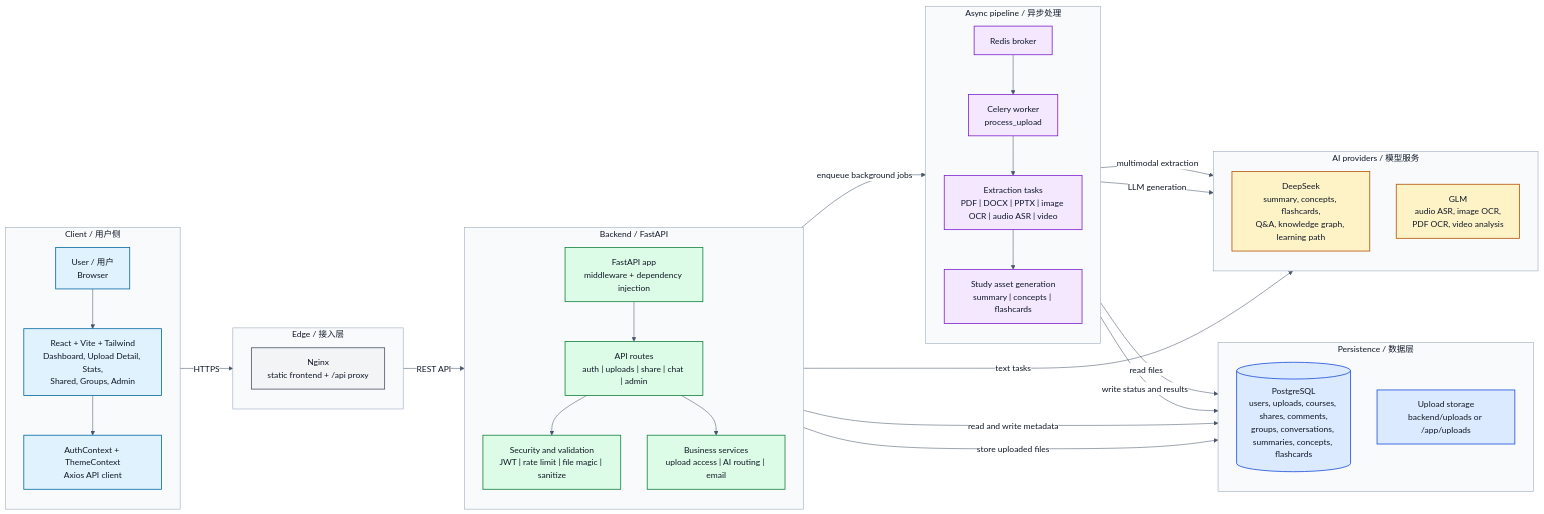
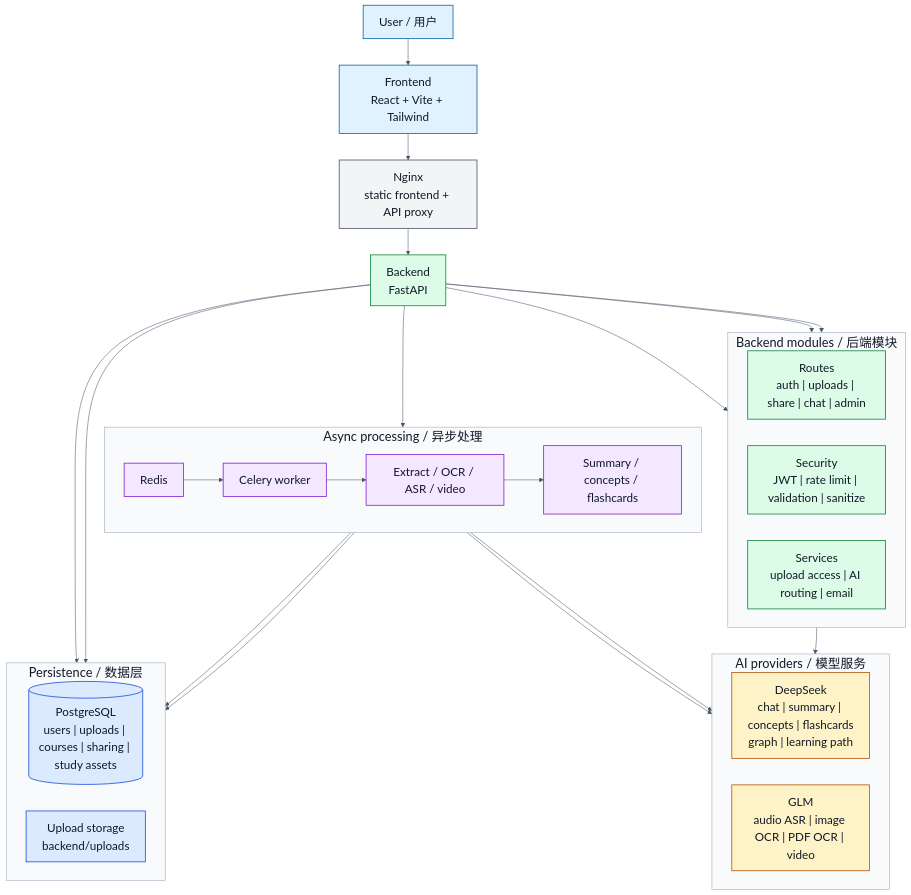
Before and after one commit to cz2112/ai-: the diagram in README.md, drawn with Mermaid.

Commit message:
Update architecture diagram font sizes and structure

````diff
--- a/README.md
+++ b/README.md
@@ -99,6 +99,6 @@
 ```mermaid
 %%{init: {'theme': 'base', 'themeVariables': {
-  'fontSize': '16px',
+  'fontSize': '24px',
   'fontFamily': 'Segoe UI, Arial, sans-serif',
   'textColor': '#111827',
   'primaryTextColor': '#111827',
@@ -107,81 +107,70 @@
   'lineColor': '#475569',
   'edgeLabelBackground': '#ffffff'
 }}}%%
-flowchart LR
-    subgraph Client["Client / 用户侧"]
-        direction TB
-        User["User / 用户<br/>Browser"]
-        Frontend["React + Vite + Tailwind<br/>Dashboard, Upload Detail, Stats,<br/>Shared, Groups, Admin"]
-        ClientState["AuthContext + ThemeContext<br/>Axios API client"]
-        User --> Frontend
-        Frontend --> ClientState
+flowchart TB
+    User["User / 用户"]
+    Frontend["Frontend<br/>React + Vite + Tailwind"]
+    Nginx["Nginx<br/>static frontend + API proxy"]
+    Backend["Backend<br/>FastAPI"]
+
+    User --> Frontend --> Nginx --> Backend
+
+    subgraph BackendModules["Backend modules / 后端模块"]
+        direction LR
+        Routes["Routes<br/>auth | uploads | share | chat | admin"]
+        Security["Security<br/>JWT | rate limit | validation | sanitize"]
+        Services["Services<br/>upload access | AI routing | email"]
     end
 
-    subgraph Edge["Edge / 接入层"]
-        direction TB
-        Nginx["Nginx<br/>static frontend + /api proxy"]
-    end
-
-    subgraph BackendLayer["Backend / FastAPI"]
-        direction TB
-        Backend["FastAPI app<br/>middleware + dependency injection"]
-        Routes["API routes<br/>auth | uploads | share | chat | admin"]
-        Security["Security and validation<br/>JWT | rate limit | file magic | sanitize"]
-        Services["Business services<br/>upload access | AI routing | email"]
-        Backend --> Routes
-        Routes --> Security
-        Routes --> Services
-    end
-
-    subgraph Async["Async pipeline / 异步处理"]
-        direction TB
-        Redis["Redis broker"]
-        Worker["Celery worker<br/>process_upload"]
-        Extract["Extraction tasks<br/>PDF | DOCX | PPTX | image OCR | audio ASR | video"]
-        Generate["Study asset generation<br/>summary | concepts | flashcards"]
-        Redis --> Worker --> Extract --> Generate
+    subgraph Async["Async processing / 异步处理"]
+        direction LR
+        Redis["Redis"]
+        Worker["Celery worker"]
+        Extract["Extract / OCR / ASR / video"]
+        Generate["Summary / concepts / flashcards"]
     end
 
     subgraph Data["Persistence / 数据层"]
-        direction TB
-        DB[("PostgreSQL<br/>users, uploads, courses, shares, comments,<br/>groups, conversations, summaries, concepts, flashcards")]
-        Storage["Upload storage<br/>backend/uploads or /app/uploads"]
+        direction LR
+        DB[("PostgreSQL<br/>users | uploads | courses | sharing | study assets")]
+        Storage["Upload storage<br/>backend/uploads"]
     end
 
     subgraph AI["AI providers / 模型服务"]
-        direction TB
-        DeepSeek["DeepSeek<br/>summary, concepts, flashcards,<br/>Q&A, knowledge graph, learning path"]
-        GLM["GLM<br/>audio ASR, image OCR,<br/>PDF OCR, video analysis"]
+        direction LR
+        DeepSeek["DeepSeek<br/>chat | summary | concepts | flashcards<br/>graph | learning path"]
+        GLM["GLM<br/>audio ASR | image OCR | PDF OCR | video"]
     end
 
-    Frontend -->|HTTPS| Nginx
-    Nginx -->|REST API| Backend
-    Backend -->|read and write metadata| DB
-    Backend -->|store uploaded files| Storage
-    Backend -->|enqueue background jobs| Redis
-    Services -->|text tasks| DeepSeek
-    Worker -->|read files| Storage
-    Worker -->|write status and results| DB
-    Extract -->|multimodal extraction| GLM
-    Generate -->|LLM generation| DeepSeek
+    Backend --> Routes
+    Backend --> Security
+    Backend --> Services
 
-    classDef client fill:#e0f2fe,stroke:#0369a1,stroke-width:1.5px,color:#111827;
-    classDef edge fill:#f3f4f6,stroke:#4b5563,stroke-width:1.5px,color:#111827;
-    classDef backend fill:#dcfce7,stroke:#15803d,stroke-width:1.5px,color:#111827;
-    classDef async fill:#f3e8ff,stroke:#7e22ce,stroke-width:1.5px,color:#111827;
-    classDef data fill:#dbeafe,stroke:#1d4ed8,stroke-width:1.5px,color:#111827;
-    classDef ai fill:#fef3c7,stroke:#b45309,stroke-width:1.5px,color:#111827;
+    Backend --> DB
+    Backend --> Storage
+    Backend --> Redis
+    Redis --> Worker --> Extract --> Generate
+    Worker --> Storage
+    Worker --> DB
+    Extract --> GLM
+    Generate --> DeepSeek
+    Services --> DeepSeek
 
-    class User,Frontend,ClientState client;
+    classDef client fill:#e0f2fe,stroke:#0369a1,stroke-width:1.5px,color:#111827,font-size:22px;
+    classDef edge fill:#f3f4f6,stroke:#4b5563,stroke-width:1.5px,color:#111827,font-size:22px;
+    classDef backend fill:#dcfce7,stroke:#15803d,stroke-width:1.5px,color:#111827,font-size:22px;
+    classDef async fill:#f3e8ff,stroke:#7e22ce,stroke-width:1.5px,color:#111827,font-size:22px;
+    classDef data fill:#dbeafe,stroke:#1d4ed8,stroke-width:1.5px,color:#111827,font-size:22px;
+    classDef ai fill:#fef3c7,stroke:#b45309,stroke-width:1.5px,color:#111827,font-size:22px;
+
+    class User,Frontend client;
     class Nginx edge;
     class Backend,Routes,Security,Services backend;
     class Redis,Worker,Extract,Generate async;
     class DB,Storage data;
     class DeepSeek,GLM ai;
 
-    style Client fill:#f8fafc,stroke:#94a3b8,stroke-width:1px,color:#111827;
-    style Edge fill:#f8fafc,stroke:#94a3b8,stroke-width:1px,color:#111827;
-    style BackendLayer fill:#f8fafc,stroke:#94a3b8,stroke-width:1px,color:#111827;
+    style BackendModules fill:#f8fafc,stroke:#94a3b8,stroke-width:1px,color:#111827;
     style Async fill:#f8fafc,stroke:#94a3b8,stroke-width:1px,color:#111827;
     style Data fill:#f8fafc,stroke:#94a3b8,stroke-width:1px,color:#111827;
     style AI fill:#f8fafc,stroke:#94a3b8,stroke-width:1px,color:#111827;
````
